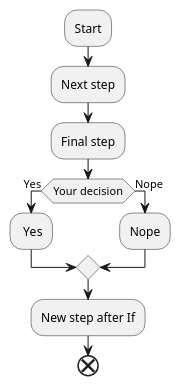
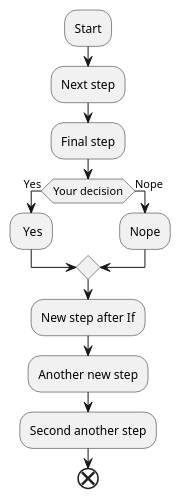
The diagram in Diagram/Diagramm.puml (Stanyslav25/Plant_Uml_VCS), drawn with PlantUML before and after one commit.

Commit message:
Another new step

```diff
--- a/Diagram/Diagramm.puml
+++ b/Diagram/Diagramm.puml
@@ -1,12 +1,14 @@
 @startuml
 :Start;
 :Next step;
 :Final step;
 if (Your decision) then (Yes)
 : Yes;
 else (Nope)
 :Nope;
 endIf
 :New step after If;
+:Another new step;
+:Second another step;
 end
 @enduml
```
